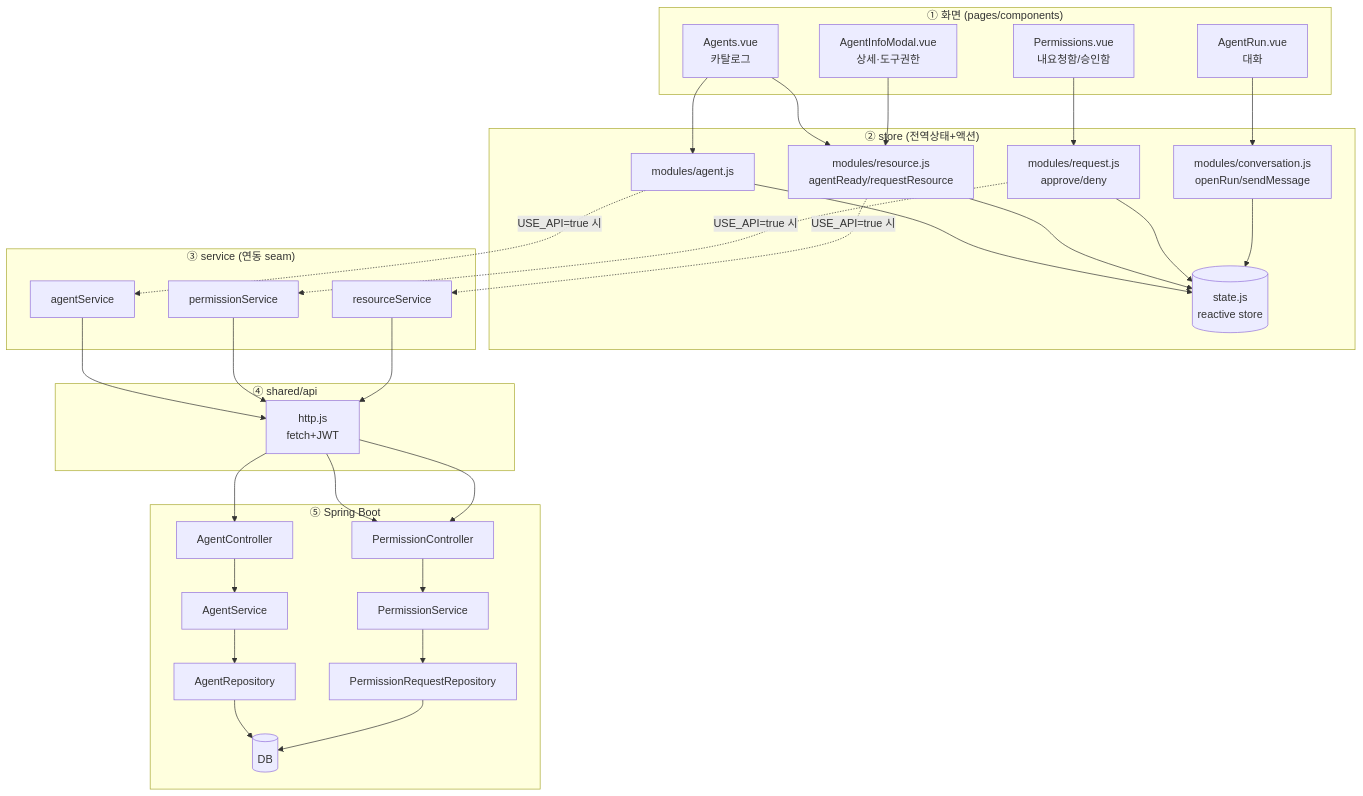
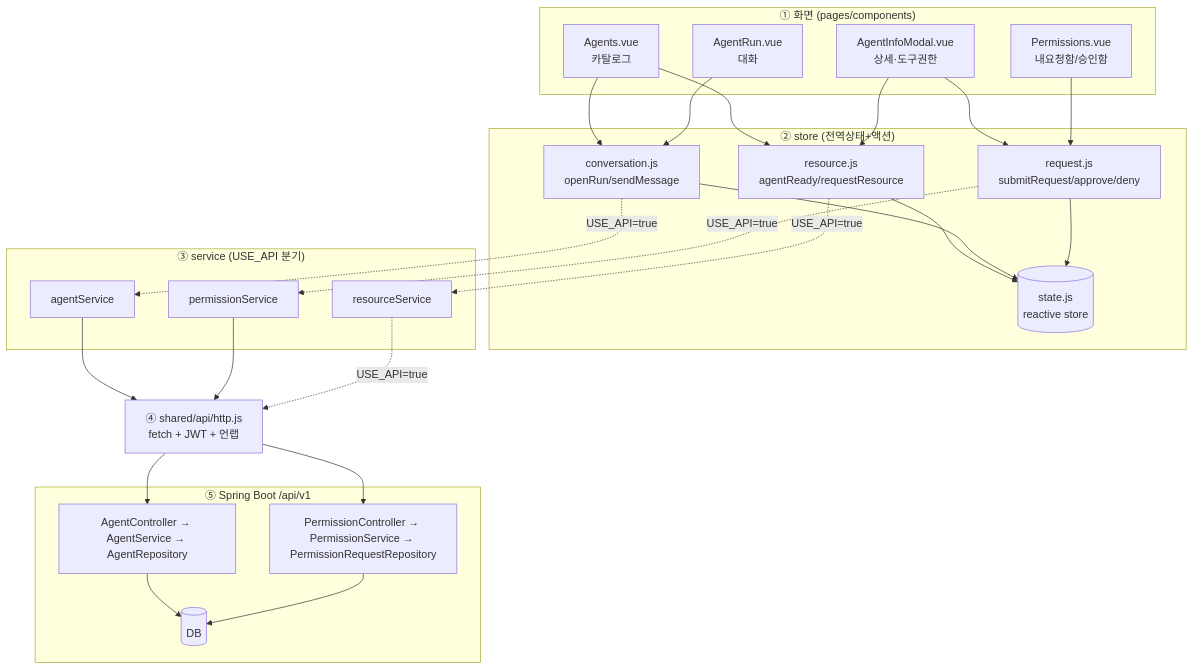
One commit to navynam/axhub-portal changed the sixth of 7 diagrams in docs/ARCHITECTURE.md. Above: the diagram before and after it, drawn with Mermaid. The commit also changed other lines of this file and 18 other files, not shown here.

````diff
--- a/docs/ARCHITECTURE.md
+++ b/docs/ARCHITECTURE.md
@@ -96,51 +250,40 @@
 ```mermaid
 flowchart TD
   subgraph 화면["① 화면 (pages/components)"]
-    A1[Agents.vue<br/>카탈로그]
-    A2[AgentInfoModal.vue<br/>상세·도구권한]
-    A3[AgentRun.vue<br/>대화]
-    P1[Permissions.vue<br/>내요청함/승인함]
+    A1["Agents.vue<br/>카탈로그"]
+    A2["AgentInfoModal.vue<br/>상세·도구권한"]
+    A3["AgentRun.vue<br/>대화"]
+    P1["Permissions.vue<br/>내요청함/승인함"]
   end
-
   subgraph 상태["② store (전역상태+액션)"]
-    S_agent[modules/agent.js]
-    S_res[modules/resource.js<br/>agentReady/requestResource]
-    S_req[modules/request.js<br/>approve/deny]
-    S_conv[modules/conversation.js<br/>openRun/sendMessage]
-    ST[(state.js<br/>reactive store)]
+    S_res["resource.js<br/>agentReady/requestResource"]
+    S_conv["conversation.js<br/>openRun/sendMessage"]
+    S_req["request.js<br/>submitRequest/approve/deny"]
+    ST[("state.js<br/>reactive store")]
   end
-
-  subgraph 서비스["③ service (연동 seam)"]
-    SVC_a[agentService]
-    SVC_p[permissionService]
-    SVC_r[resourceService]
+  subgraph 서비스["③ service (USE_API 분기)"]
+    SVC_a["agentService"]
+    SVC_p["permissionService"]
+    SVC_r["resourceService"]
   end
-
-  subgraph 공통["④ shared/api"]
-    HTTP[http.js<br/>fetch+JWT]
-  end
-
-  subgraph 백엔드["⑤ Spring Boot"]
-    C_a[AgentController]
-    C_p[PermissionController]
-    SVCB_a[AgentService]
-    SVCB_p[PermissionService]
-    R_a[AgentRepository]
-    R_p[PermissionRequestRepository]
+  HTTP["④ shared/api/http.js<br/>fetch + JWT + 언랩"]
+  subgraph 백엔드["⑤ Spring Boot /api/v1"]
+    C_a["AgentController → AgentService → AgentRepository"]
+    C_p["PermissionController → PermissionService → PermissionRequestRepository"]
     DB[("DB")]
   end
 
-  A1 --> S_agent & S_res
-  A2 --> S_res
+  A1 --> S_conv & S_res
+  A2 --> S_res & S_req
   A3 --> S_conv
   P1 --> S_req
-  S_agent & S_res & S_req & S_conv --> ST
+  S_res & S_conv & S_req --> ST
 
-  SVC_a --> HTTP --> C_a --> SVCB_a --> R_a --> DB
-  SVC_p --> HTTP --> C_p --> SVCB_p --> R_p --> DB
-  SVC_r --> HTTP --> C_p
+  SVC_a --> HTTP --> C_a --> DB
+  SVC_p --> HTTP --> C_p --> DB
+  SVC_r -. "USE_API=true" .-> HTTP
 
-  S_res -. "USE_API=true 시" .-> SVC_r
-  S_agent -. "USE_API=true 시" .-> SVC_a
-  S_req -. "USE_API=true 시" .-> SVC_p
+  S_res -. "USE_API=true" .-> SVC_r
+  S_conv -. "USE_API=true" .-> SVC_a
+  S_req  -. "USE_API=true" .-> SVC_p
 ```
````
